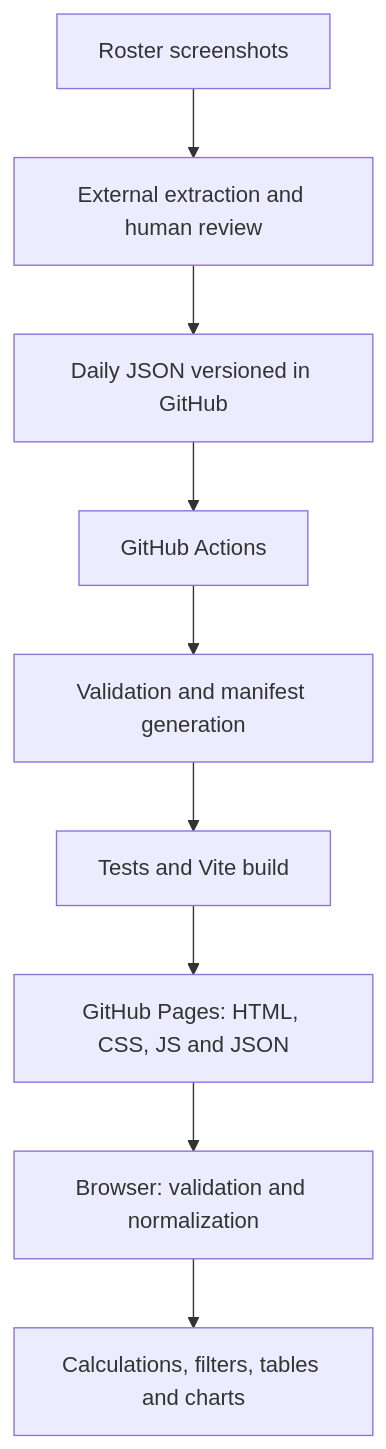
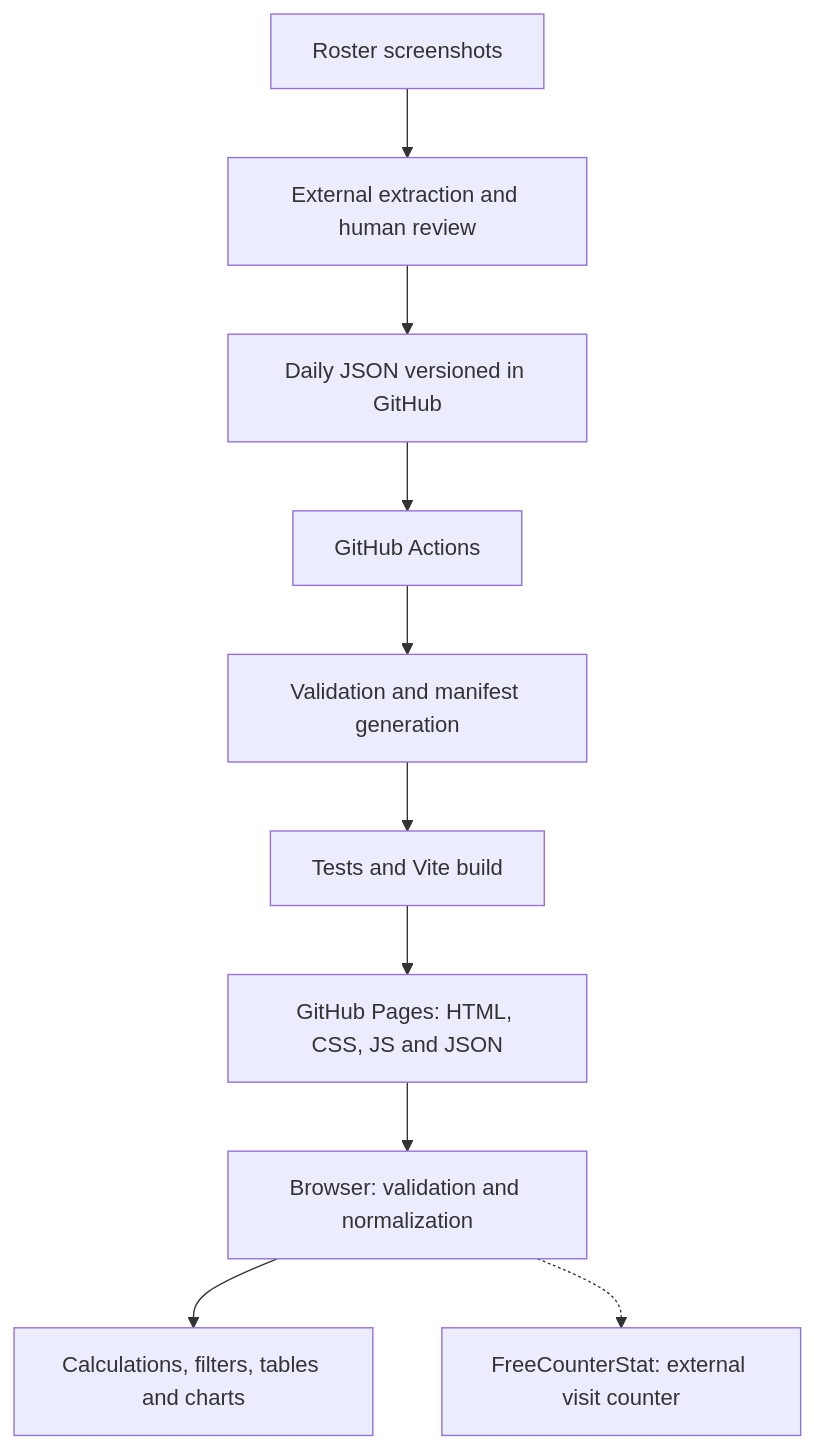
The diagram in docs/TECHNICAL.en.md (attagata/deso-dashboard), drawn with Mermaid before and after one commit. The commit also changed other lines of this file and 4 other files, not shown here.

Commit message:
Add FreeCounterStat footer visit counter and bilingual documentation

````diff
--- a/docs/TECHNICAL.en.md
+++ b/docs/TECHNICAL.en.md
@@ -26,11 +26,12 @@
 ```mermaid
 flowchart TD
     A[Roster screenshots] --> B[External extraction and human review]
     B --> C[Daily JSON versioned in GitHub]
     C --> D[GitHub Actions]
     D --> E[Validation and manifest generation]
     E --> F[Tests and Vite build]
     F --> G[GitHub Pages: HTML, CSS, JS and JSON]
     G --> H[Browser: validation and normalization]
     H --> I[Calculations, filters, tables and charts]
+    H -.-> J[FreeCounterStat: external visit counter]
 ```
````
